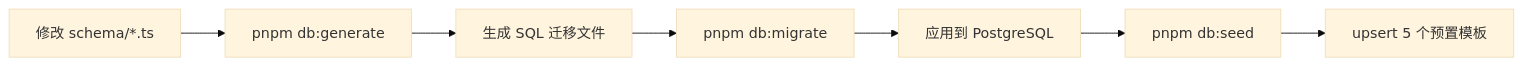
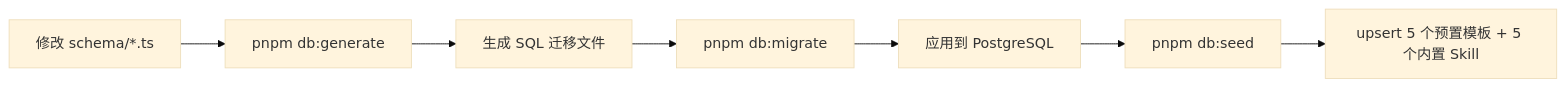
Before and after one commit to Lynricsy/AgentLoom: the seventh of 7 diagrams in agentloom-docs/zh/server/database.md, drawn with Mermaid (base theme). The commit also changed other lines of this file and 25 other files, not shown here.

````diff
--- a/agentloom-docs/zh/server/database.md
+++ b/agentloom-docs/zh/server/database.md
@@ -509,9 +601,9 @@
 ```mermaid
 flowchart LR
     A["修改 schema/*.ts"] --> B["pnpm db:generate"]
     B --> C["生成 SQL 迁移文件"]
     C --> D["pnpm db:migrate"]
     D --> E["应用到 PostgreSQL"]
     E --> F["pnpm db:seed"]
-    F --> G["upsert 5 个预置模板"]
+    F --> G["upsert 5 个预置模板 + 5 个内置 Skill"]
 ```
````
